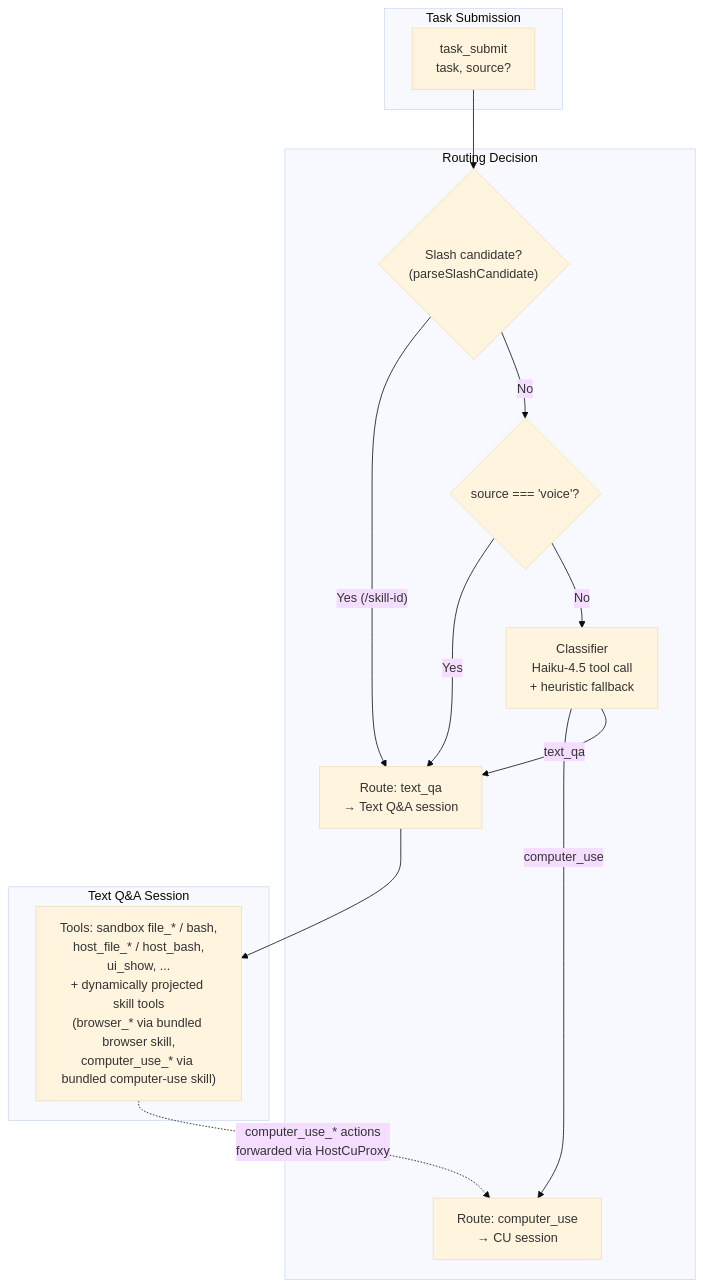
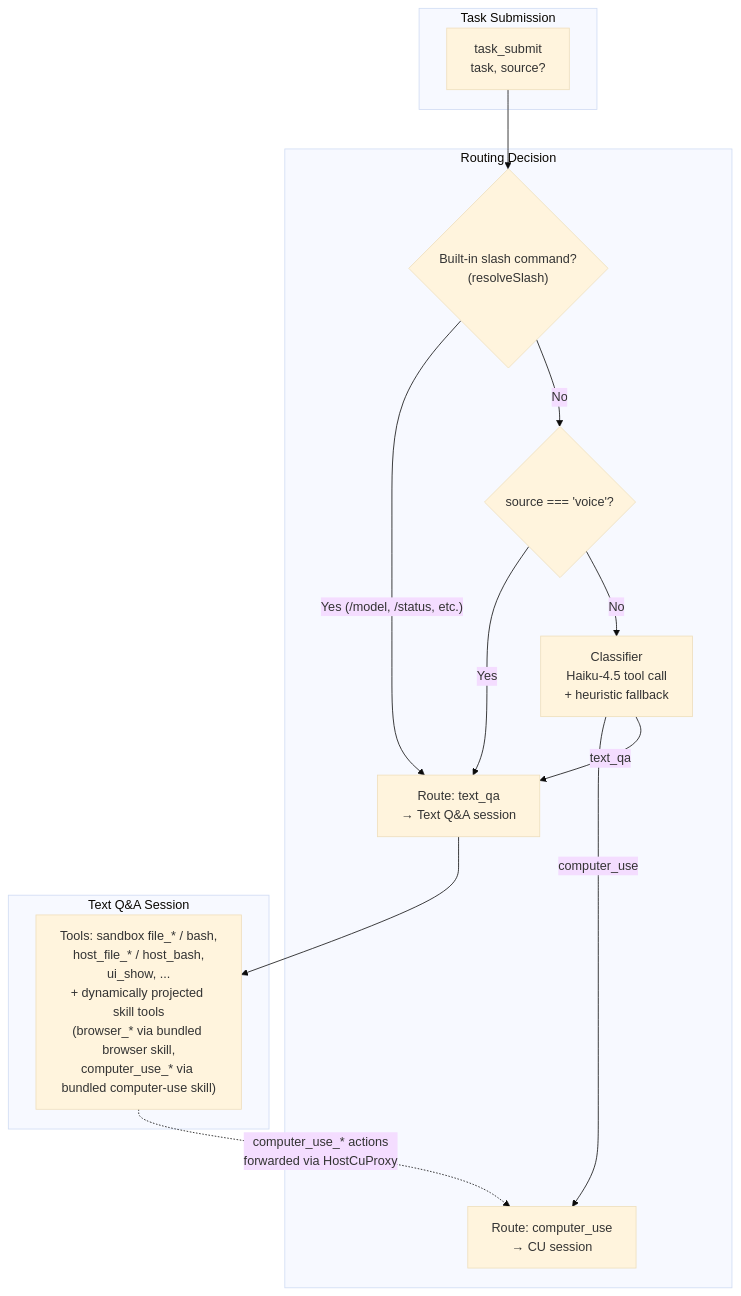
The fourth of 17 diagrams in assistant/ARCHITECTURE.md (vellum-ai/vellum-assistant), drawn with Mermaid (base theme) before and after one commit. The commit also changed other lines of this file, not shown here.

Commit message:
fix: update ARCHITECTURE.md diagrams to remove stale slash command references

````diff
--- a/assistant/ARCHITECTURE.md
+++ b/assistant/ARCHITECTURE.md
@@ -923,29 +923,29 @@
 ```mermaid
 graph TB
     subgraph "Task Submission"
         SUBMIT["task_submit<br/>task, source?"]
     end
 
     subgraph "Routing Decision"
-        SLASH_CHECK{"Slash candidate?<br/>(parseSlashCandidate)"}
+        SLASH_CHECK{"Built-in slash command?<br/>(resolveSlash)"}
         VOICE_CHECK{"source === 'voice'?"}
         CLASSIFIER["Classifier<br/>Haiku-4.5 tool call<br/>+ heuristic fallback"]
         CU_ROUTE["Route: computer_use<br/>→ CU session"]
         QA_ROUTE["Route: text_qa<br/>→ Text Q&A session"]
     end
 
     subgraph "Text Q&A Session"
         TEXT_TOOLS["Tools: sandbox file_* / bash,<br/>host_file_* / host_bash,<br/>ui_show, ...<br/>+ dynamically projected skill tools<br/>(browser_* via bundled browser skill,<br/>computer_use_* via bundled computer-use skill)"]
     end
 
     SUBMIT --> SLASH_CHECK
-    SLASH_CHECK -->|"Yes (/skill-id)"| QA_ROUTE
+    SLASH_CHECK -->|"Yes (/model, /status, etc.)"| QA_ROUTE
     SLASH_CHECK -->|"No"| VOICE_CHECK
     VOICE_CHECK -->|"Yes"| QA_ROUTE
     VOICE_CHECK -->|"No"| CLASSIFIER
     CLASSIFIER -->|"computer_use"| CU_ROUTE
     CLASSIFIER -->|"text_qa"| QA_ROUTE
 
     QA_ROUTE --> TEXT_TOOLS
     TEXT_TOOLS -.->|"computer_use_* actions<br/>forwarded via HostCuProxy"| CU_ROUTE
 ```
````
